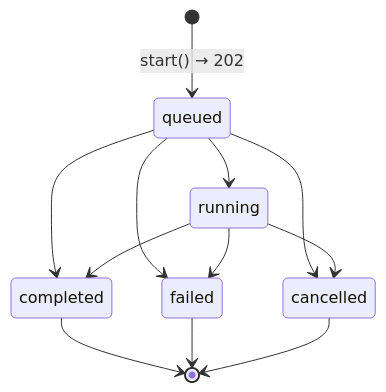
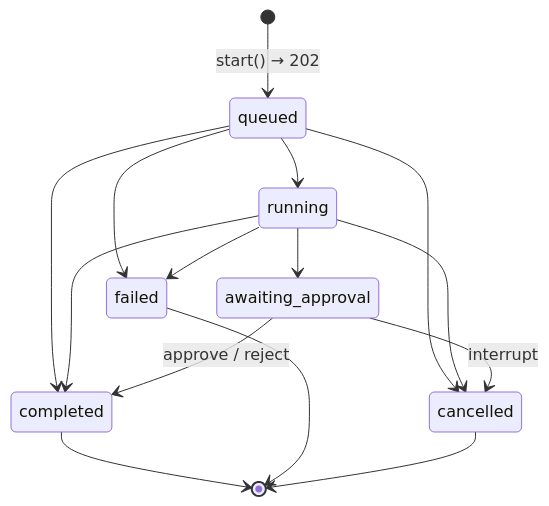
Before and after one commit to indxjp/agent-workspace: the first of 2 diagrams in docs/sdk/site/concepts/run-lifecycle.mdx, drawn with Mermaid. The commit also changed other lines of this file and 2629 other files, not shown here.

````diff
--- a/docs/sdk/site/concepts/run-lifecycle.mdx
+++ b/docs/sdk/site/concepts/run-lifecycle.mdx
@@ -40,14 +50,17 @@
 ```mermaid
 stateDiagram-v2
   [*] --> queued: start() → 202
   queued --> running
   queued --> completed
   queued --> failed
   queued --> cancelled
+  running --> awaiting_approval
   running --> completed
   running --> failed
   running --> cancelled
+  awaiting_approval --> completed: approve / reject
+  awaiting_approval --> cancelled: interrupt
   completed --> [*]
   failed --> [*]
   cancelled --> [*]
 ```
````
